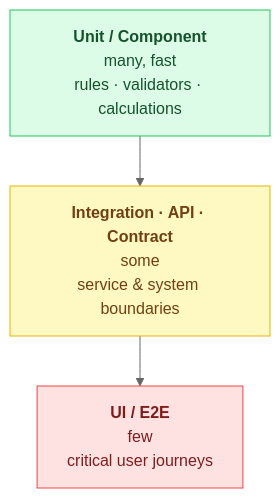
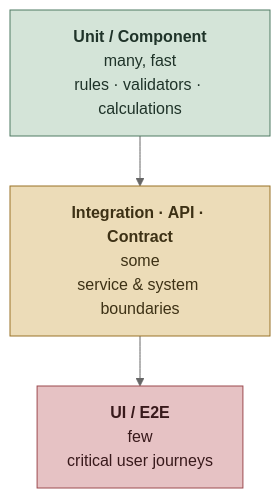
The first of 2 diagrams in 02-during-development.md (paulamarcondes/QA_Playbook), drawn with Mermaid (neutral theme) before and after one commit. The commit also changed other lines of this file and 3 other files, not shown here.

First line of the commit message:
Apply Deeper Nordic palette to Mermaid diagrams

````diff
--- a/02-during-development.md
+++ b/02-during-development.md
@@ -97,10 +97,10 @@
 ```mermaid
 flowchart TB
     U["<b>Unit / Component</b><br/>many, fast<br/>rules · validators · calculations"]:::base
     I["<b>Integration · API · Contract</b><br/>some<br/>service &amp; system boundaries"]:::mid
     E["<b>UI / E2E</b><br/>few<br/>critical user journeys"]:::top
     U --> I --> E
-    classDef base fill:#dcfce7,stroke:#22c55e,color:#14532d;
-    classDef mid  fill:#fef9c3,stroke:#eab308,color:#713f12;
-    classDef top  fill:#fee2e2,stroke:#ef4444,color:#7f1d1d;
+    classDef base fill:#d4e4d8,stroke:#4f7a63,color:#1f3329;
+    classDef mid  fill:#ecdcb8,stroke:#997327,color:#3d3115;
+    classDef top  fill:#e6c2c4,stroke:#9c4a4f,color:#38191b;
 ```
````
